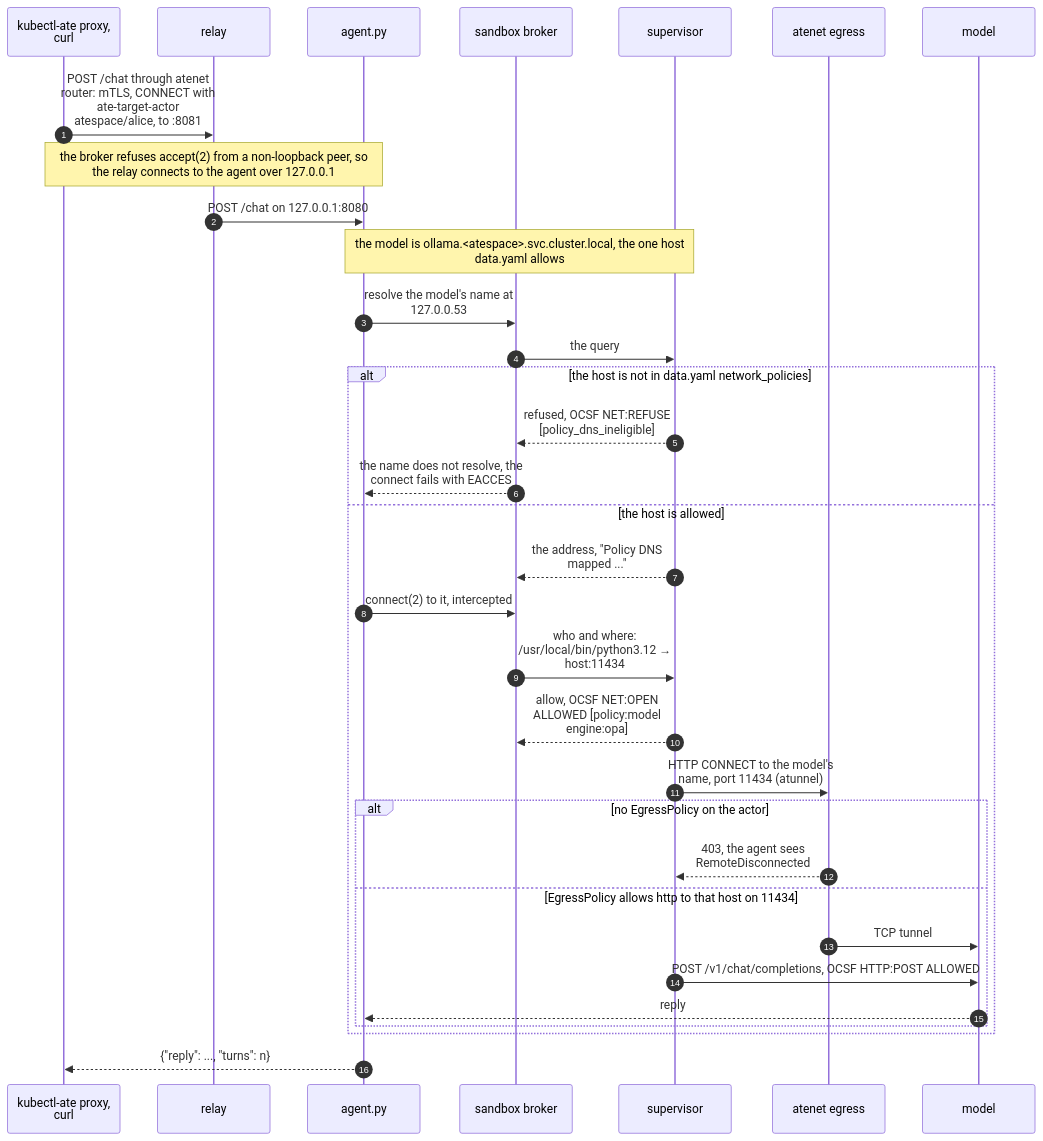
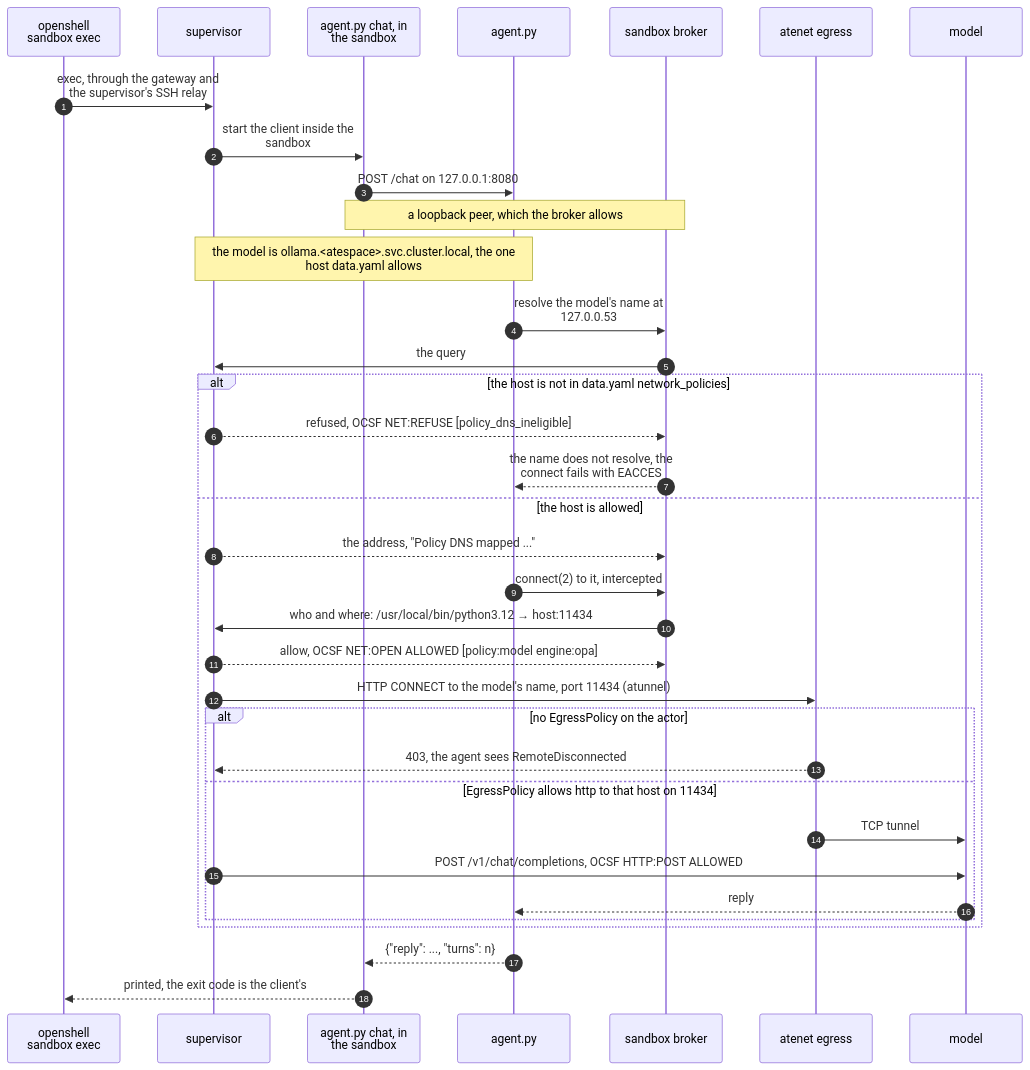
One commit to dims/openshell-driver-substrate changed the fifth of 8 diagrams in docs/architecture.md. Above: the diagram before and after it, drawn with Mermaid. The commit also changed other lines of this file and 3 other files, not shown here.

````diff
--- a/docs/architecture.md
+++ b/docs/architecture.md
@@ -476,37 +456,39 @@
 ```mermaid
 %%{init: {"sequence": {"wrap": true}}}%%
 sequenceDiagram
   autonumber
-  participant C as kubectl-ate proxy, curl
-  participant RL as relay
+  participant C as openshell sandbox exec
+  participant SU as supervisor
+  participant X as agent.py chat, in the sandbox
   participant WL as agent.py
   participant SB as sandbox broker
-  participant SU as supervisor
   participant EG as atenet egress
   participant M as model
 
-  C->>RL: POST /chat through atenet router: mTLS, CONNECT with ate-target-actor atespace/alice, to :8081
-  Note over C,WL: the broker refuses accept(2) from a non-loopback peer, so the relay connects to the agent over 127.0.0.1
-  RL->>WL: POST /chat on 127.0.0.1:8080
+  C->>SU: exec, through the gateway and the supervisor's SSH relay
+  SU->>X: start the client inside the sandbox
+  X->>WL: POST /chat on 127.0.0.1:8080
+  Note over X,SB: a loopback peer, which the broker allows
   Note over WL,SU: the model is ollama.<atespace>.svc.cluster.local, the one host data.yaml allows
   WL->>SB: resolve the model's name at 127.0.0.53
   SB->>SU: the query
   alt the host is not in data.yaml network_policies
     SU-->>SB: refused, OCSF NET:REFUSE [policy_dns_ineligible]
     SB-->>WL: the name does not resolve, the connect fails with EACCES
   else the host is allowed
     SU-->>SB: the address, "Policy DNS mapped ..."
     WL->>SB: connect(2) to it, intercepted
     SB->>SU: who and where: /usr/local/bin/python3.12 → host:11434
     SU-->>SB: allow, OCSF NET:OPEN ALLOWED [policy:model engine:opa]
     SU->>EG: HTTP CONNECT to the model's name, port 11434 (atunnel)
     alt no EgressPolicy on the actor
       EG-->>SU: 403, the agent sees RemoteDisconnected
     else EgressPolicy allows http to that host on 11434
       EG->>M: TCP tunnel
       SU->>M: POST /v1/chat/completions, OCSF HTTP:POST ALLOWED
       M-->>WL: reply
     end
   end
-  WL-->>C: {"reply": ..., "turns": n}
+  WL-->>X: {"reply": ..., "turns": n}
+  X-->>C: printed, the exit code is the client's
 ```
````
